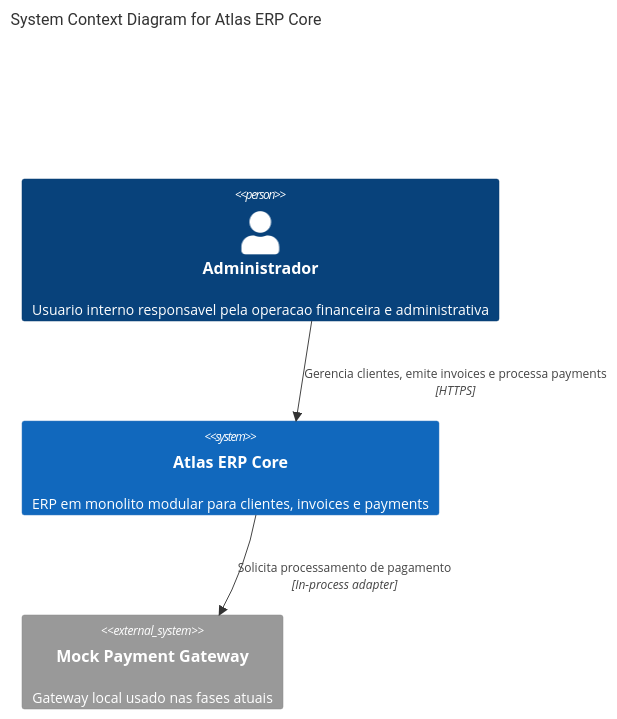
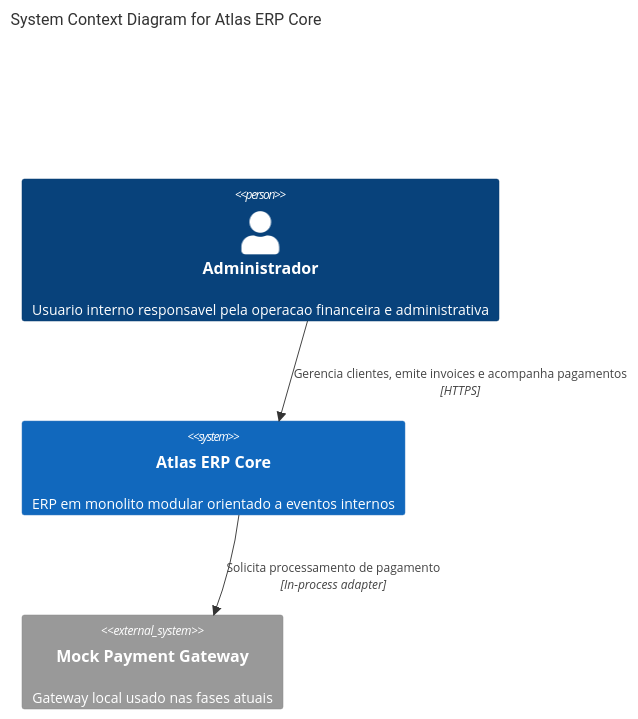
Before and after one commit to rgomids/atlas-erp-core: the first of 6 diagrams in docs/diagrams/architecture.md, drawn with Mermaid. The commit also changed other lines of this file and 64 other files, not shown here.

Commit message:
Implement phase 3 internal event-driven billing flow (#4)

````diff
--- a/docs/diagrams/architecture.md
+++ b/docs/diagrams/architecture.md
@@ -5,11 +5,11 @@
 ```mermaid
 C4Context
     title System Context Diagram for Atlas ERP Core
 
     Person(admin, "Administrador", "Usuario interno responsavel pela operacao financeira e administrativa")
-    System(atlas, "Atlas ERP Core", "ERP em monolito modular para clientes, invoices e payments")
+    System(atlas, "Atlas ERP Core", "ERP em monolito modular orientado a eventos internos")
     System_Ext(payment_gateway, "Mock Payment Gateway", "Gateway local usado nas fases atuais")
 
-    Rel(admin, atlas, "Gerencia clientes, emite invoices e processa payments", "HTTPS")
+    Rel(admin, atlas, "Gerencia clientes, emite invoices e acompanha pagamentos", "HTTPS")
     Rel(atlas, payment_gateway, "Solicita processamento de pagamento", "In-process adapter")
 ```
````
